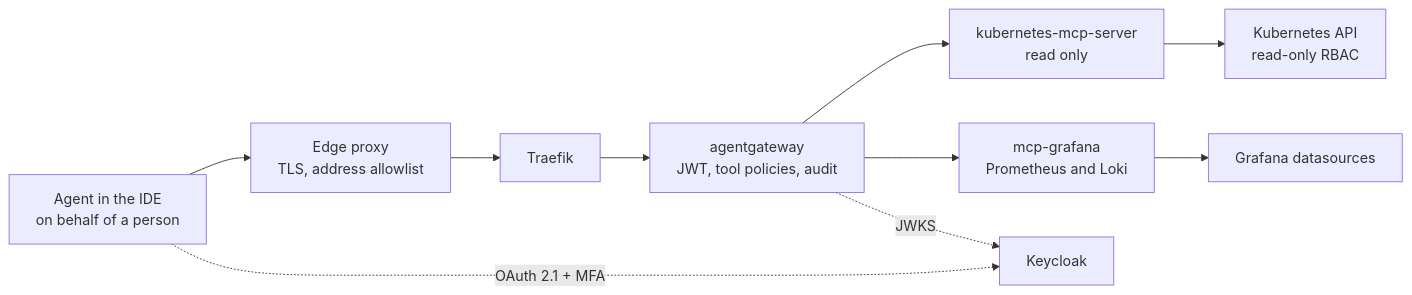
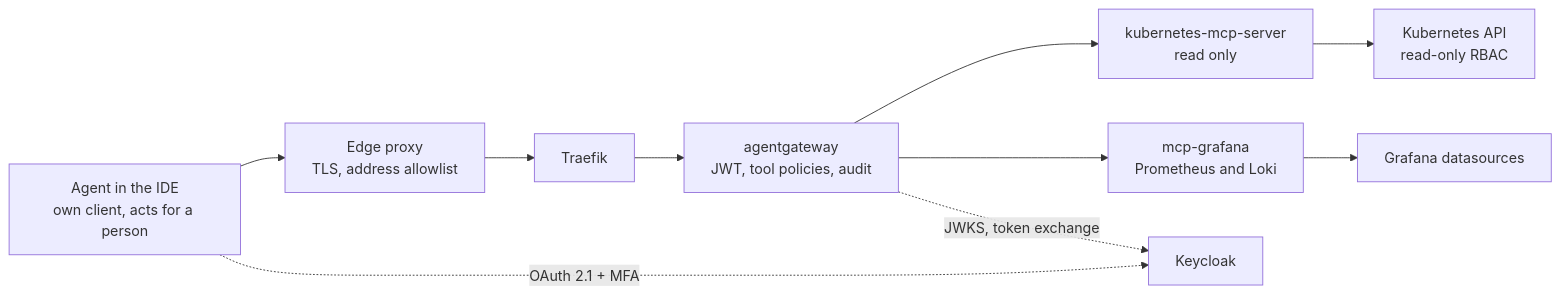
Before and after one commit to mess-systems/blueprints: the diagram in obs-mcp-readonly/README.md, drawn with Mermaid. The commit also changed other lines of this file and 3 other files, not shown here.

````diff
--- a/obs-mcp-readonly/README.md
+++ b/obs-mcp-readonly/README.md
@@ -37,12 +37,12 @@
 ```mermaid
 flowchart LR
-  A[Agent in the IDE<br/>on behalf of a person] --> P[Edge proxy<br/>TLS, address allowlist]
+  A[Agent in the IDE<br/>own client, acts for a person] --> P[Edge proxy<br/>TLS, address allowlist]
   P --> T[Traefik]
   T --> G[agentgateway<br/>JWT, tool policies, audit]
   G --> K[kubernetes-mcp-server<br/>read only]
   G --> M[mcp-grafana<br/>Prometheus and Loki]
   K --> API[Kubernetes API<br/>read-only RBAC]
   M --> GF[Grafana datasources]
   A -.->|"OAuth 2.1 + MFA"| IdP[Keycloak]
-  G -.->|JWKS| IdP
+  G -.->|"JWKS, token exchange"| IdP
 ```
````
